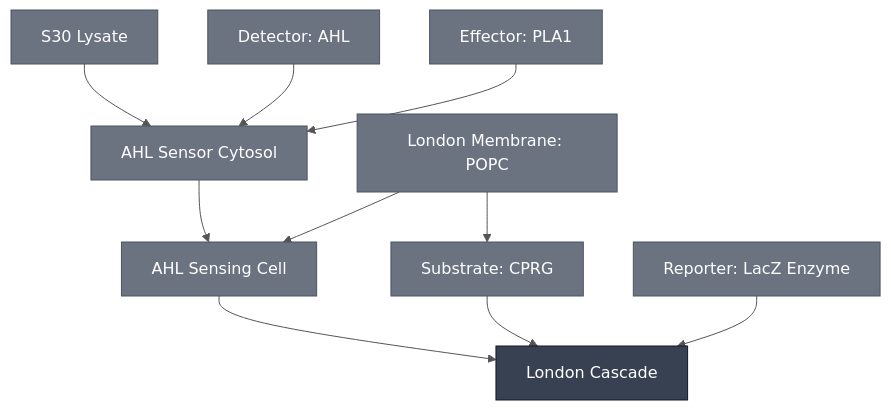
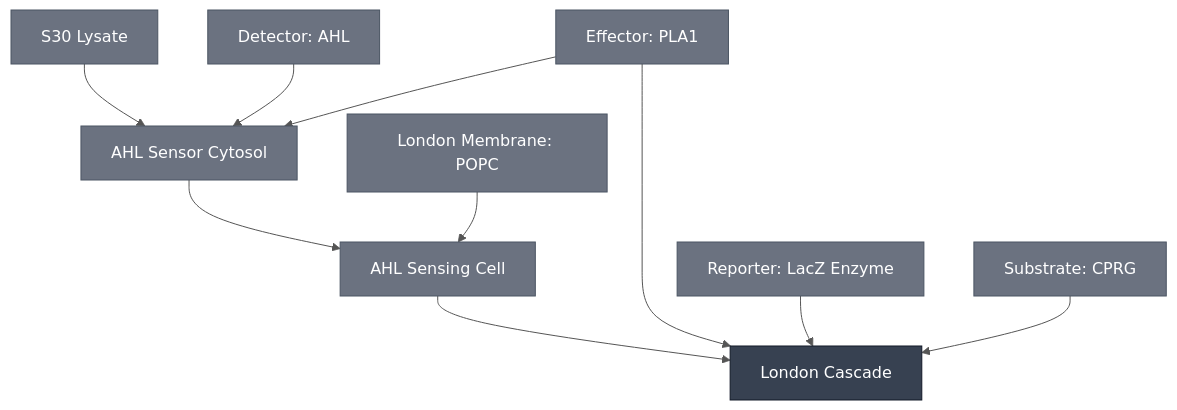
One commit to nucleus-eng/nucleus-docs changed the diagram in docs/modules/london-cascade/spec.md. Above: the diagram before and after it, drawn with Mermaid. The commit also changed 10 other files, not shown here.

````diff
--- a/docs/modules/london-cascade/spec.md
+++ b/docs/modules/london-cascade/spec.md
@@ -25,38 +25,38 @@
 ```mermaid
 %%{init: {'theme': 'base', 'themeVariables': {'lineColor': '#555555', 'edgeLabelBackground': '#ffffff'}}}%%
 flowchart TD
     AHL_SENSING_CELL["AHL Sensing Cell"]
     AHL_SENSOR_CYTOSOL["AHL Sensor Cytosol"]
     DETECTOR_3OC6_HSL["Detector: AHL"]
     EFFECTOR_PLA1["Effector: PLA1"]
     LONDON_CASCADE["London Cascade"]
     MEMBRANE_POPC["London Membrane: POPC"]
     REPORTER_LACZ_ENZYME["Reporter: LacZ Enzyme"]
     S30_LYSATE["S30 Lysate"]
     SUBSTRATE_CPRG["Substrate: CPRG"]
 
+    AHL_SENSOR_CYTOSOL --> AHL_SENSING_CELL
+    MEMBRANE_POPC --> AHL_SENSING_CELL
     S30_LYSATE --> AHL_SENSOR_CYTOSOL
     DETECTOR_3OC6_HSL --> AHL_SENSOR_CYTOSOL
     EFFECTOR_PLA1 --> AHL_SENSOR_CYTOSOL
-    AHL_SENSOR_CYTOSOL --> AHL_SENSING_CELL
-    MEMBRANE_POPC --> AHL_SENSING_CELL
-    MEMBRANE_POPC --> SUBSTRATE_CPRG
     AHL_SENSING_CELL --> LONDON_CASCADE
+    EFFECTOR_PLA1 --> LONDON_CASCADE
+    REPORTER_LACZ_ENZYME --> LONDON_CASCADE
     SUBSTRATE_CPRG --> LONDON_CASCADE
-    REPORTER_LACZ_ENZYME --> LONDON_CASCADE
 
     classDef constituent fill:#6B7280,color:#ffffff,stroke:#4B5563;
     classDef this fill:#374151,color:#ffffff,stroke:#111827;
     class AHL_SENSING_CELL,AHL_SENSOR_CYTOSOL,DETECTOR_3OC6_HSL,EFFECTOR_PLA1,MEMBRANE_POPC,REPORTER_LACZ_ENZYME,S30_LYSATE,SUBSTRATE_CPRG constituent;
     class LONDON_CASCADE this;
 
     click AHL_SENSING_CELL "/docs/modules/ahl-sensing-cell/spec"
     click AHL_SENSOR_CYTOSOL "/docs/modules/ahl-sensor-cytosol/spec"
     click DETECTOR_3OC6_HSL "/docs/modules/detector-3oc6-hsl/spec"
     click EFFECTOR_PLA1 "/docs/modules/effector-pla1/spec"
     click LONDON_CASCADE "/docs/modules/london-cascade/spec"
     click MEMBRANE_POPC "/docs/modules/membrane-popc/spec"
     click REPORTER_LACZ_ENZYME "/docs/modules/reporter-lacz-enzyme/spec"
     click S30_LYSATE "/docs/modules/s30-lysate/spec"
     click SUBSTRATE_CPRG "/docs/modules/substrate-cprg/spec"
 ```
````
